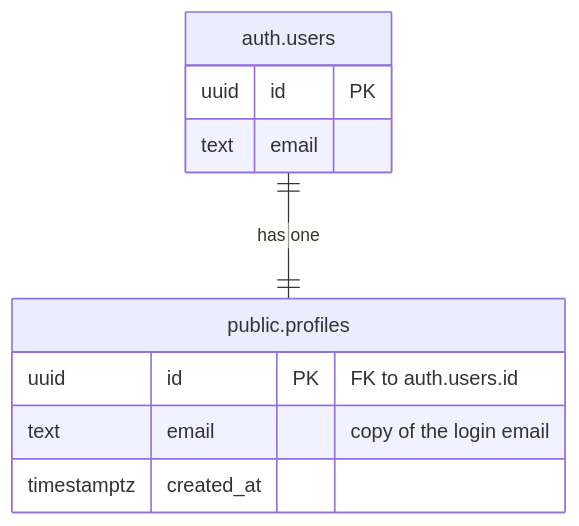
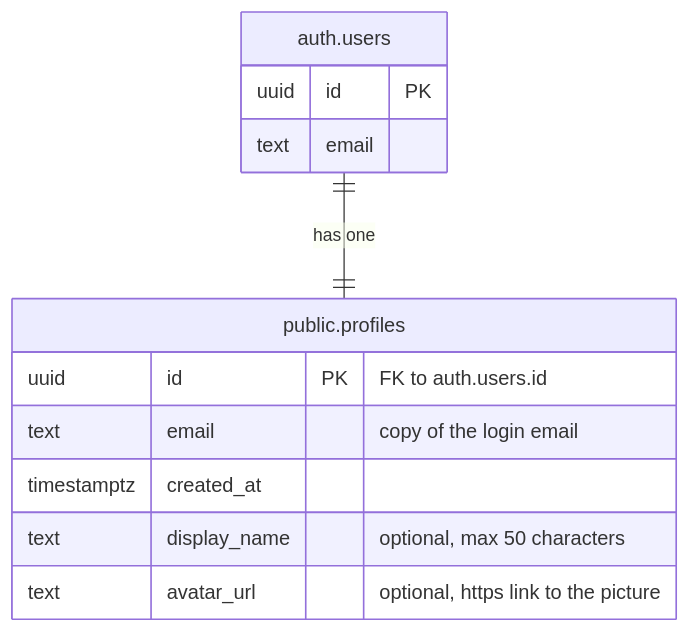
Before and after one commit to nlklfor/manulator: the diagram in docs/database.md, drawn with Mermaid. The commit also changed other lines of this file, not shown here.

First line of the commit message:
feat: add display name and profile picture to user profiles

````diff
--- a/docs/database.md
+++ b/docs/database.md
@@ -12,13 +12,15 @@
 ```mermaid
 erDiagram
     "auth.users" ||--|| "public.profiles" : "has one"
     "auth.users" {
         uuid id PK
         text email
     }
     "public.profiles" {
         uuid id PK "FK to auth.users.id"
         text email "copy of the login email"
         timestamptz created_at
+        text display_name "optional, max 50 characters"
+        text avatar_url "optional, https link to the picture"
     }
 ```
````
